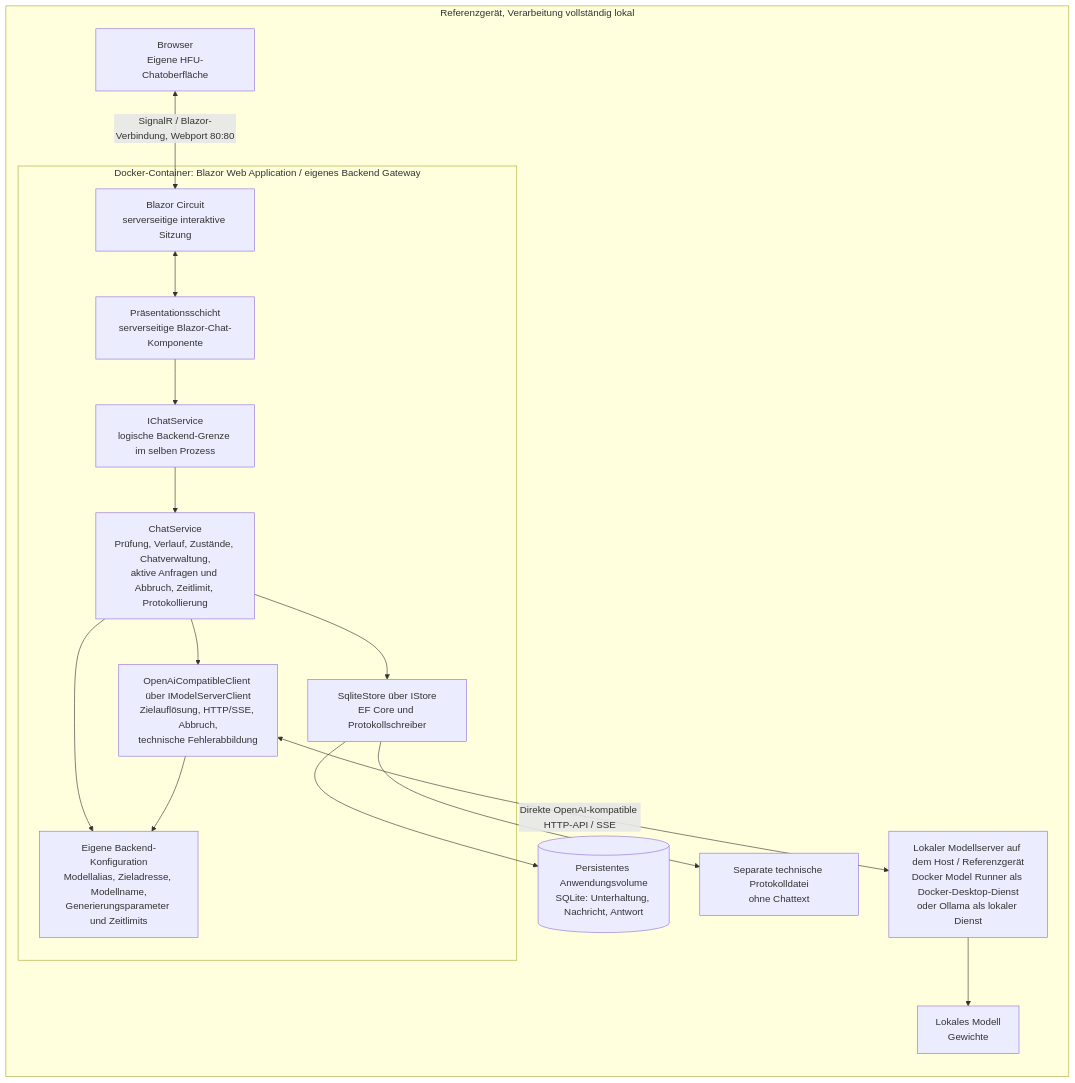
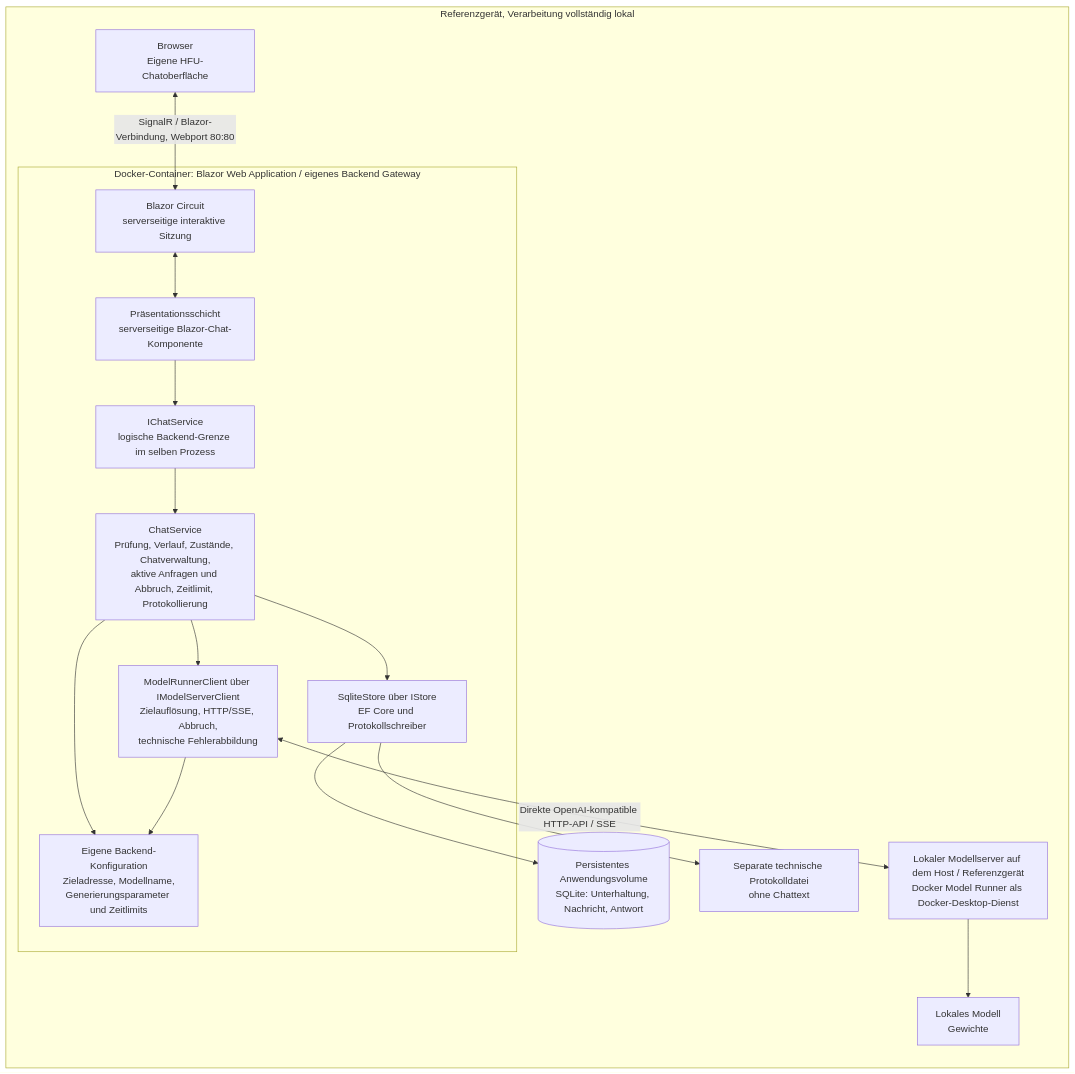
Before and after one commit to thedmo/CustomLocalAiFront: the first of 5 diagrams in agent/Design.md, drawn with Mermaid. The commit also changed other lines of this file and 19 other files, not shown here.

````diff
--- a/agent/Design.md
+++ b/agent/Design.md
@@ -21,32 +21,32 @@
 ```mermaid
 flowchart TB
     subgraph RS["Referenzgerät, Verarbeitung vollständig lokal"]
         direction TB
         B["Browser<br/>Eigene HFU-Chatoberfläche"]
         subgraph APP["Docker-Container: Blazor Web Application / eigenes Backend Gateway"]
             C["Blazor Circuit<br/>serverseitige interaktive Sitzung"]
             P["Präsentationsschicht<br/>serverseitige Blazor-Chat-Komponente"]
             I["IChatService<br/>logische Backend-Grenze im selben Prozess"]
             A["ChatService<br/>Prüfung, Verlauf, Zustände, Chatverwaltung,<br/>aktive Anfragen und Abbruch, Zeitlimit, Protokollierung"]
-            CFG["Eigene Backend-Konfiguration<br/>Modellalias, Zieladresse, Modellname,<br/>Generierungsparameter und Zeitlimits"]
-            AD["OpenAiCompatibleClient über IModelServerClient<br/>Zielauflösung, HTTP/SSE, Abbruch,<br/>technische Fehlerabbildung"]
+            CFG["Eigene Backend-Konfiguration<br/>Zieladresse, Modellname,<br/>Generierungsparameter und Zeitlimits"]
+            AD["ModelRunnerClient über IModelServerClient<br/>Zielauflösung, HTTP/SSE, Abbruch,<br/>technische Fehlerabbildung"]
             D["SqliteStore über IStore<br/>EF Core und Protokollschreiber"]
             C <--> P
             P --> I
             I --> A
             A --> AD
             A --> D
             A --> CFG
             AD --> CFG
         end
         DB[("Persistentes Anwendungsvolume<br/>SQLite: Unterhaltung, Nachricht, Antwort")]
         LOG["Separate technische Protokolldatei<br/>ohne Chattext"]
-        MS["Lokaler Modellserver auf dem Host / Referenzgerät<br/>Docker Model Runner als Docker-Desktop-Dienst<br/>oder Ollama als lokaler Dienst"]
+        MS["Lokaler Modellserver auf dem Host / Referenzgerät<br/>Docker Model Runner als Docker-Desktop-Dienst"]
         MO["Lokales Modell<br/>Gewichte"]
         B <-->|"SignalR / Blazor-Verbindung, Webport 80:80"| C
         D --> DB
         D --> LOG
         AD <-->|"Direkte OpenAI-kompatible HTTP-API / SSE"| MS
         MS --> MO
     end
 ```
````
